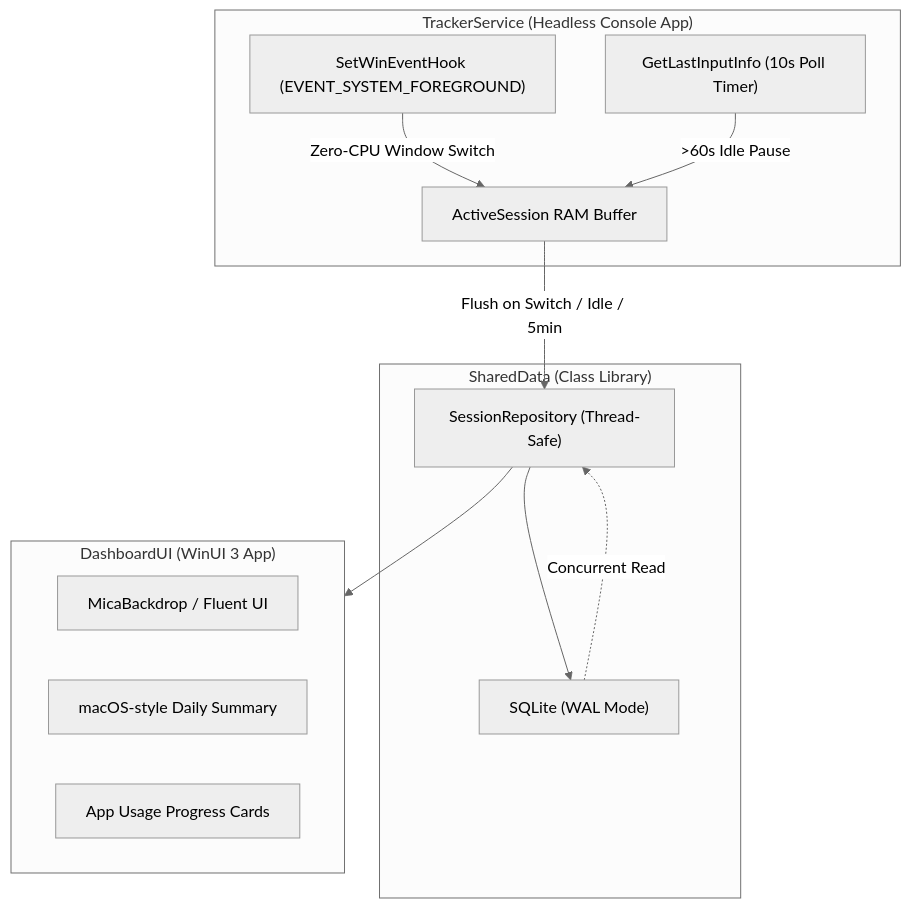
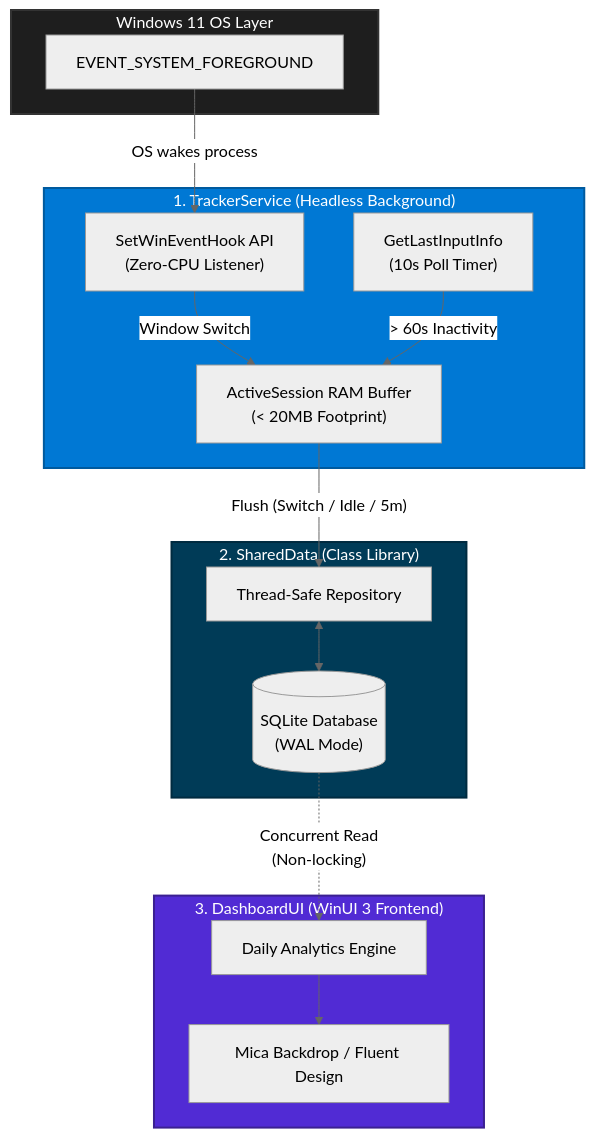
One commit to octacoreweb/ScreenPi changed the diagram in README.md. Above: the diagram before and after it, drawn with Mermaid (neutral theme). The commit also changed other lines of this file, not shown here.

````diff
--- a/README.md
+++ b/README.md
@@ -11,26 +38,37 @@
 ```mermaid
 graph TD
-    subgraph TrackerService ["TrackerService (Headless Console App)"]
-        Hook["SetWinEventHook (EVENT_SYSTEM_FOREGROUND)"]
-        Idle["GetLastInputInfo (10s Poll Timer)"]
-        MemBuffer["ActiveSession RAM Buffer"]
+    subgraph OS ["Windows 11 OS Layer"]
+        Event["EVENT_SYSTEM_FOREGROUND"]
     end
 
-    subgraph SharedData ["SharedData (Class Library)"]
-        Repo["SessionRepository (Thread-Safe)"]
-        Db["SQLite (WAL Mode)"]
+    subgraph TrackerService ["1. TrackerService (Headless Background)"]
+        Hook["SetWinEventHook API<br/>(Zero-CPU Listener)"]
+        Idle["GetLastInputInfo<br/>(10s Poll Timer)"]
+        MemBuffer["ActiveSession RAM Buffer<br/>(< 20MB Footprint)"]
+        
+        Event -- "OS wakes process" --> Hook
+        Hook -->|"Window Switch"| MemBuffer
+        Idle -->|"> 60s Inactivity"| MemBuffer
     end
 
-    subgraph DashboardUI ["DashboardUI (WinUI 3 App)"]
-        Mica["MicaBackdrop / Fluent UI"]
-        Summary["macOS-style Daily Summary"]
-        Cards["App Usage Progress Cards"]
+    subgraph SharedData ["2. SharedData (Class Library)"]
+        Repo["Thread-Safe Repository"]
+        Db[("SQLite Database<br/>(WAL Mode)")]
+        
+        MemBuffer -- "Flush (Switch / Idle / 5m)" --> Repo
+        Repo <--> Db
     end
 
-    Hook -->|Zero-CPU Window Switch| MemBuffer
-    Idle -->|>60s Idle Pause| MemBuffer
-    MemBuffer -->|Flush on Switch / Idle / 5min| Repo
-    Repo --> Db
-    Db -.->|Concurrent Read| Repo
-    Repo --> DashboardUI
+    subgraph DashboardUI ["3. DashboardUI (WinUI 3 Frontend)"]
+        Mica["Mica Backdrop / Fluent Design"]
+        Summary["Daily Analytics Engine"]
+        
+        Db -. "Concurrent Read<br/>(Non-locking)" .-> Summary
+        Summary --> Mica
+    end
+    
+    style OS fill:#1e1e1e,stroke:#333,stroke-width:2px,color:#fff
+    style TrackerService fill:#0078D4,stroke:#005a9e,stroke-width:2px,color:#fff
+    style SharedData fill:#003B57,stroke:#002b40,stroke-width:2px,color:#fff
+    style DashboardUI fill:#512BD4,stroke:#3b2092,stroke-width:2px,color:#fff
 ```
````
